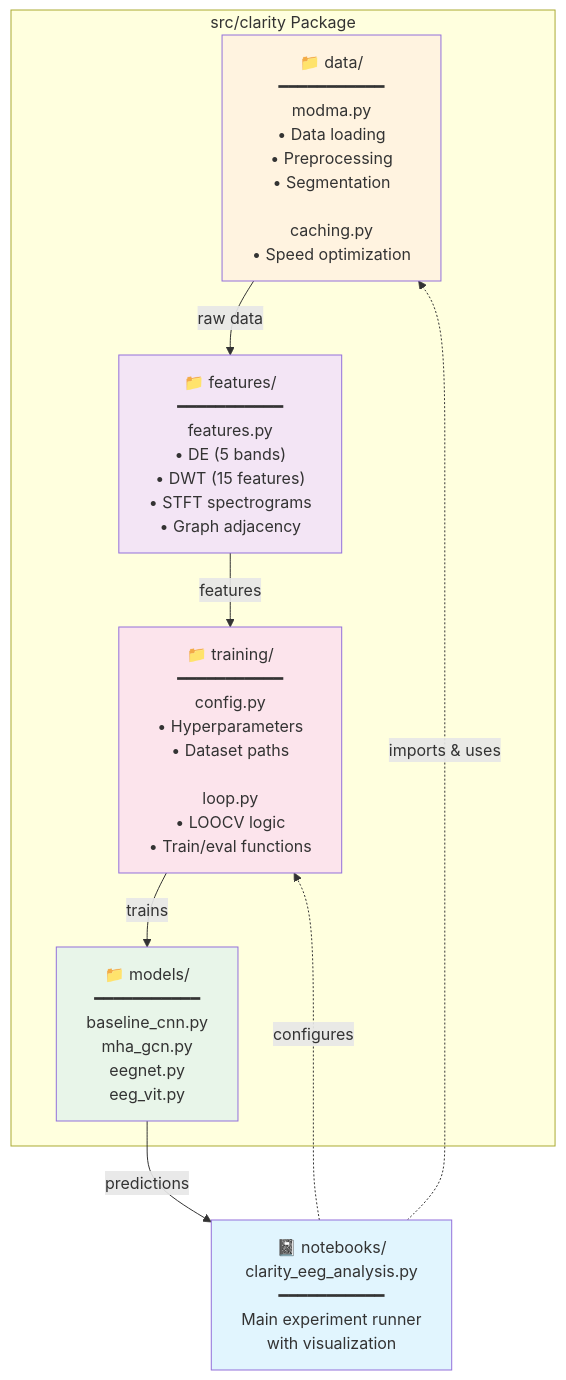
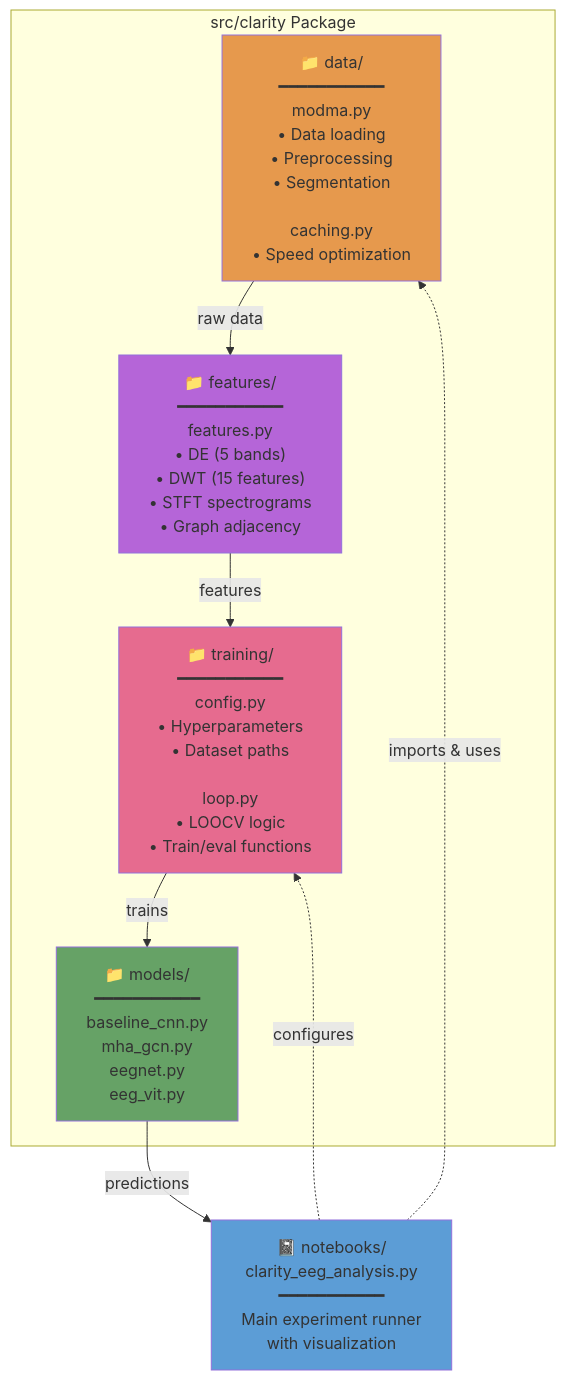
Before and after one commit to The-Obstacle-Is-The-Way/clarity-ai-jupyter: the second of 2 diagrams in README.md, drawn with Mermaid.

Commit message:
docs: update color styles in README.md diagrams for improved visual clarity and consistency

````diff
--- a/README.md
+++ b/README.md
@@ -90,27 +90,27 @@
 ```mermaid
 graph TD
     subgraph "src/clarity Package"
         A["📁 data/<br/>━━━━━━━━━━━<br/>modma.py<br/>• Data loading<br/>• Preprocessing<br/>• Segmentation<br/><br/>caching.py<br/>• Speed optimization"]
         
         B["📁 features/<br/>━━━━━━━━━━━<br/>features.py<br/>• DE (5 bands)<br/>• DWT (15 features)<br/>• STFT spectrograms<br/>• Graph adjacency"]
         
         C["📁 models/<br/>━━━━━━━━━━━<br/>baseline_cnn.py<br/>mha_gcn.py<br/>eegnet.py<br/>eeg_vit.py"]
         
         D["📁 training/<br/>━━━━━━━━━━━<br/>config.py<br/>• Hyperparameters<br/>• Dataset paths<br/><br/>loop.py<br/>• LOOCV logic<br/>• Train/eval functions"]
     end
 
     E["📓 notebooks/<br/>clarity_eeg_analysis.py<br/>━━━━━━━━━━━<br/>Main experiment runner<br/>with visualization"]
 
     E -.->|"imports & uses"| A
     E -.->|"configures"| D
     A -->|"raw data"| B
     B -->|"features"| D
     D -->|"trains"| C
     C -->|"predictions"| E
     
-    style A fill:#fff3e0
-    style B fill:#f3e5f5
-    style C fill:#e8f5e9
-    style D fill:#fce4ec
-    style E fill:#e1f5fe
+    style A fill:#e6994d
+    style B fill:#b565d8
+    style C fill:#66a266
+    style D fill:#e66b8f
+    style E fill:#5c9dd6
 ```
````
